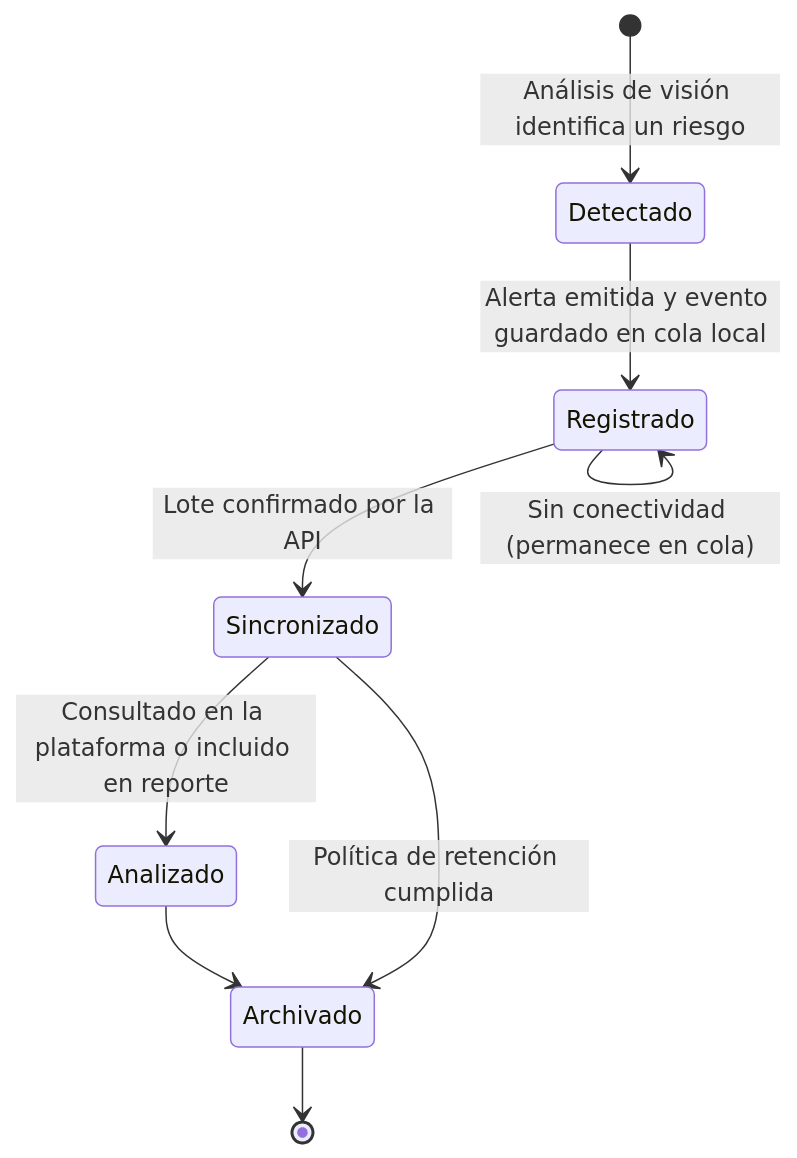
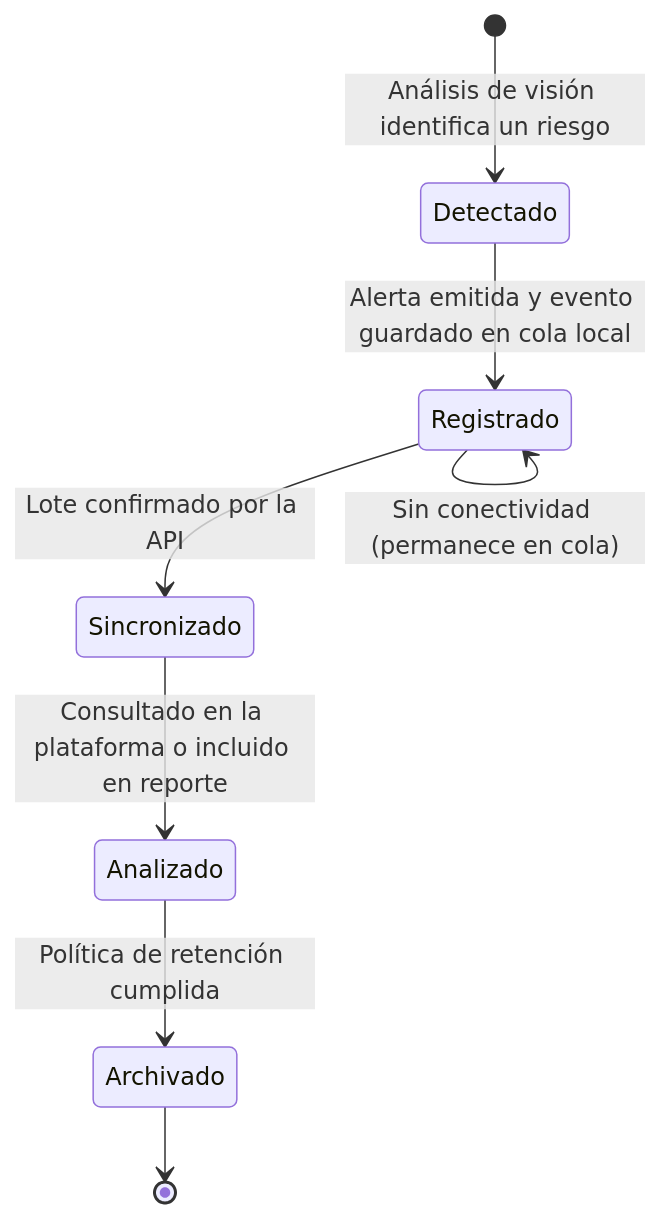
Before and after one commit to SomnGuard/somnguard-docs: the diagram in docs/08-uml/diagrams/source/es-event.mmd, drawn with Mermaid. The commit also changed 19 other files, not shown here.

```diff
--- a/docs/08-uml/diagrams/source/es-event.mmd
+++ b/docs/08-uml/diagrams/source/es-event.mmd
@@ -1,9 +1,8 @@
 stateDiagram-v2
     [*] --> Detectado: Análisis de visión identifica un riesgo
     Detectado --> Registrado: Alerta emitida y evento guardado en cola local
     Registrado --> Sincronizado: Lote confirmado por la API
     Registrado --> Registrado: Sin conectividad (permanece en cola)
     Sincronizado --> Analizado: Consultado en la plataforma o incluido en reporte
-    Sincronizado --> Archivado: Política de retención cumplida
-    Analizado --> Archivado
+    Analizado --> Archivado: Política de retención cumplida
     Archivado --> [*]
```
